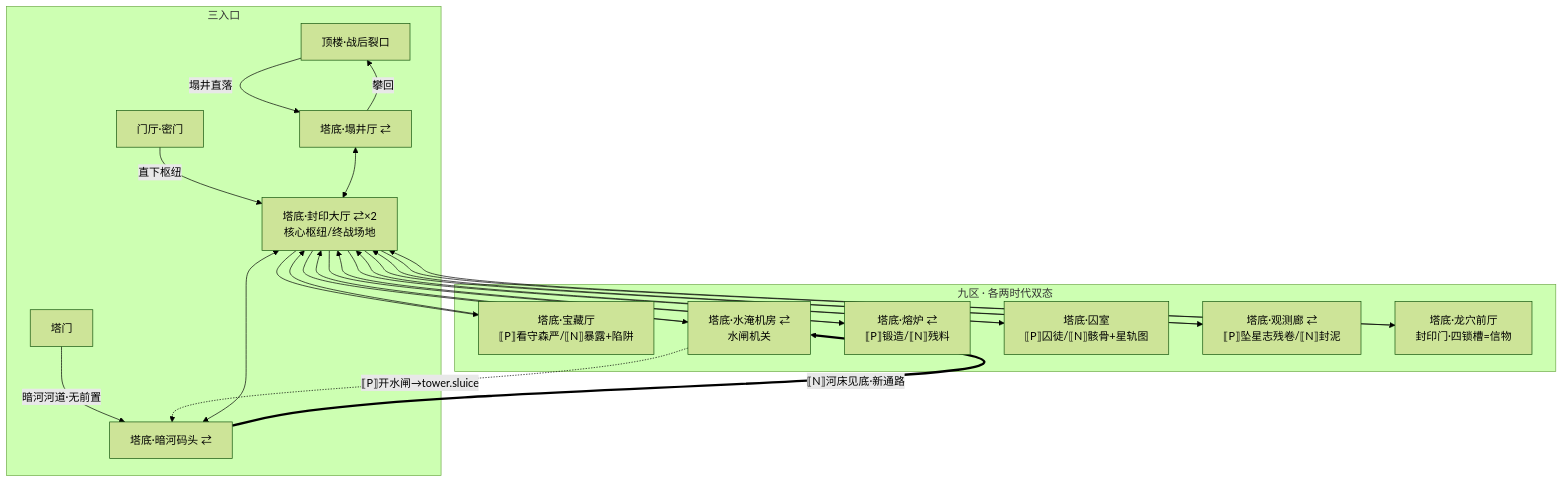
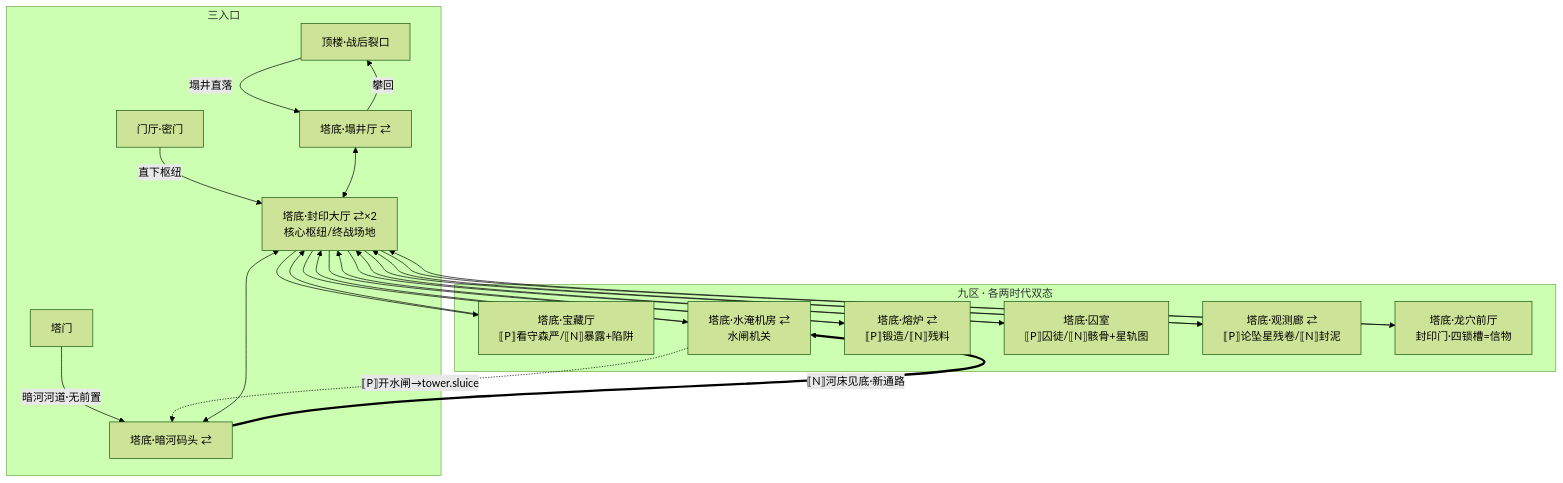
Before and after one commit to sagitrs/sgstory: the diagram in docs/chapter3-map.md, drawn with Mermaid (forest theme). The commit also changed 5 other files, not shown here.

````diff
--- a/docs/chapter3-map.md
+++ b/docs/chapter3-map.md
@@ -5,33 +5,33 @@
 ```mermaid
 flowchart TD
   subgraph 三入口
     TOP[顶楼·战后裂口] -->|塌井直落| C1
     GATE[塔门] -->|暗河河道·无前置| C2
     HALL2[门厅·密门] -->|直下枢纽| HUB
   end
 
   subgraph locales[九区 · 各两时代双态]
     C1[塔底·塌井厅 ⇄]
     C2[塔底·暗河码头 ⇄]
     HUB[塔底·封印大厅 ⇄×2<br/>核心枢纽/终战场地]
     TR[塔底·宝藏厅<br/>⟦P⟧看守森严/⟦N⟧暴露+陷阱]
     ENG[塔底·水淹机房 ⇄<br/>水闸机关]
     FRG[塔底·熔炉 ⇄<br/>⟦P⟧锻造/⟦N⟧残料]
     CEL[塔底·囚室<br/>⟦P⟧囚徒/⟦N⟧骸骨+星轨图]
-    OBS[塔底·观测廊 ⇄<br/>⟦P⟧坠星志残卷/⟦N⟧封泥]
+    OBS[塔底·观测廊 ⇄<br/>⟦P⟧论坠星残卷/⟦N⟧封泥]
     GATE2[塔底·龙穴前厅<br/>封印门·四锁槽=信物]
   end
 
   C1 <--> HUB
   C2 <--> HUB
   HUB --> TR --> HUB
   HUB --> ENG --> HUB
   HUB --> FRG --> HUB
   HUB --> CEL --> HUB
   HUB --> OBS --> HUB
   HUB --> GATE2 --> HUB
   C1 -->|攀回| TOP
 
   ENG -.->|⟦P⟧开水闸→tower.sluice| C2
   C2 ==>|⟦N⟧河床见底·新通路| ENG
 ```
````
